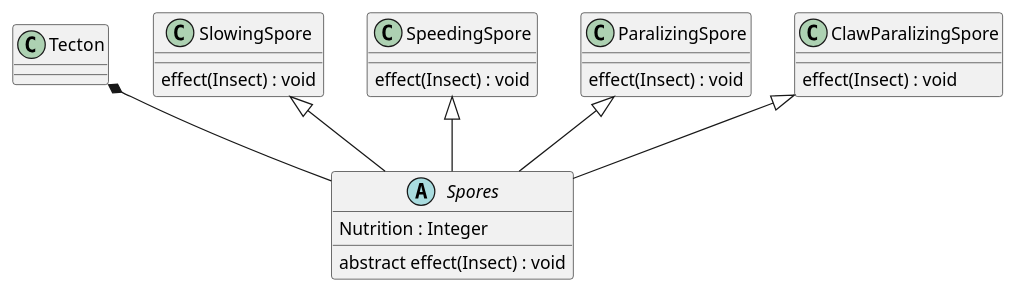
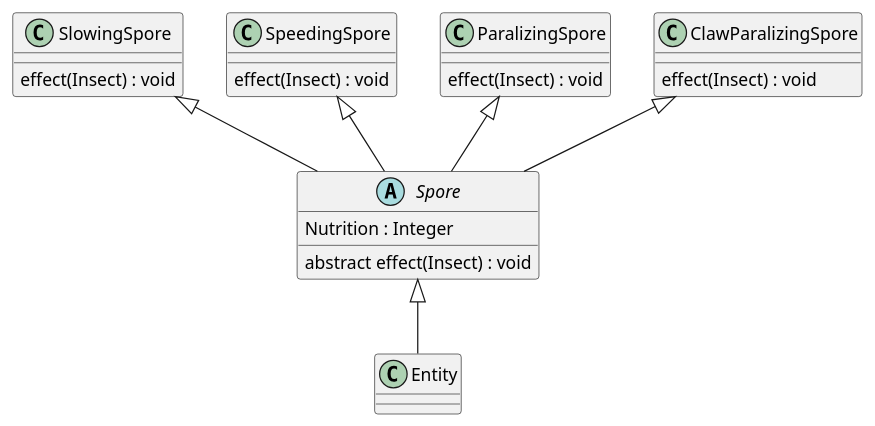
The diagram in 3/classes/spore.puml (Petya-G/fungorium), drawn with PlantUML before and after one commit. The commit also changed 2 other files, not shown here.

Commit message:
Spore fix

```diff
--- a/3/classes/spore.puml
+++ b/3/classes/spore.puml
@@ -1,33 +1,33 @@
 @startuml spore
 
-Tecton *-- Spores
+Spore <|-- Entity
 
-abstract class Spores{
+abstract class Spore{
     Nutrition : Integer
     abstract effect(Insect) : void
 }
 
-SlowingSpore <|--Spores
+SlowingSpore <|--Spore
 class SlowingSpore{
     effect(Insect) : void
 
 }
 
-SpeedingSpore <|--Spores
+SpeedingSpore <|--Spore
 class SpeedingSpore{
     effect(Insect) : void
 
 }
 
-ParalizingSpore <|--Spores
+ParalizingSpore <|--Spore
 class ParalizingSpore{
     effect(Insect) : void
 
 }
 
-ClawParalizingSpore <|--Spores
+ClawParalizingSpore <|--Spore
 class ClawParalizingSpore{
     effect(Insect) : void
 
 }
 @enduml	
```
